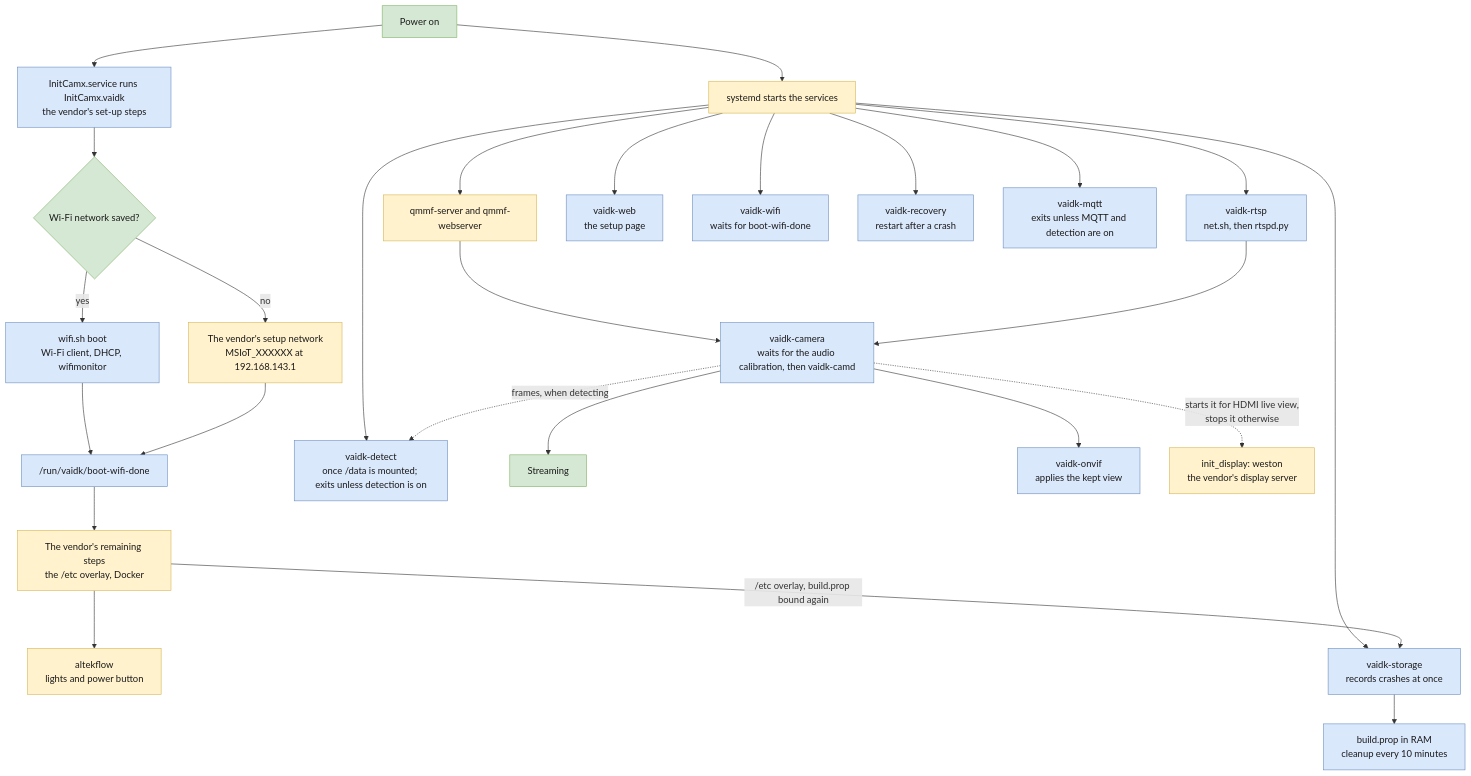
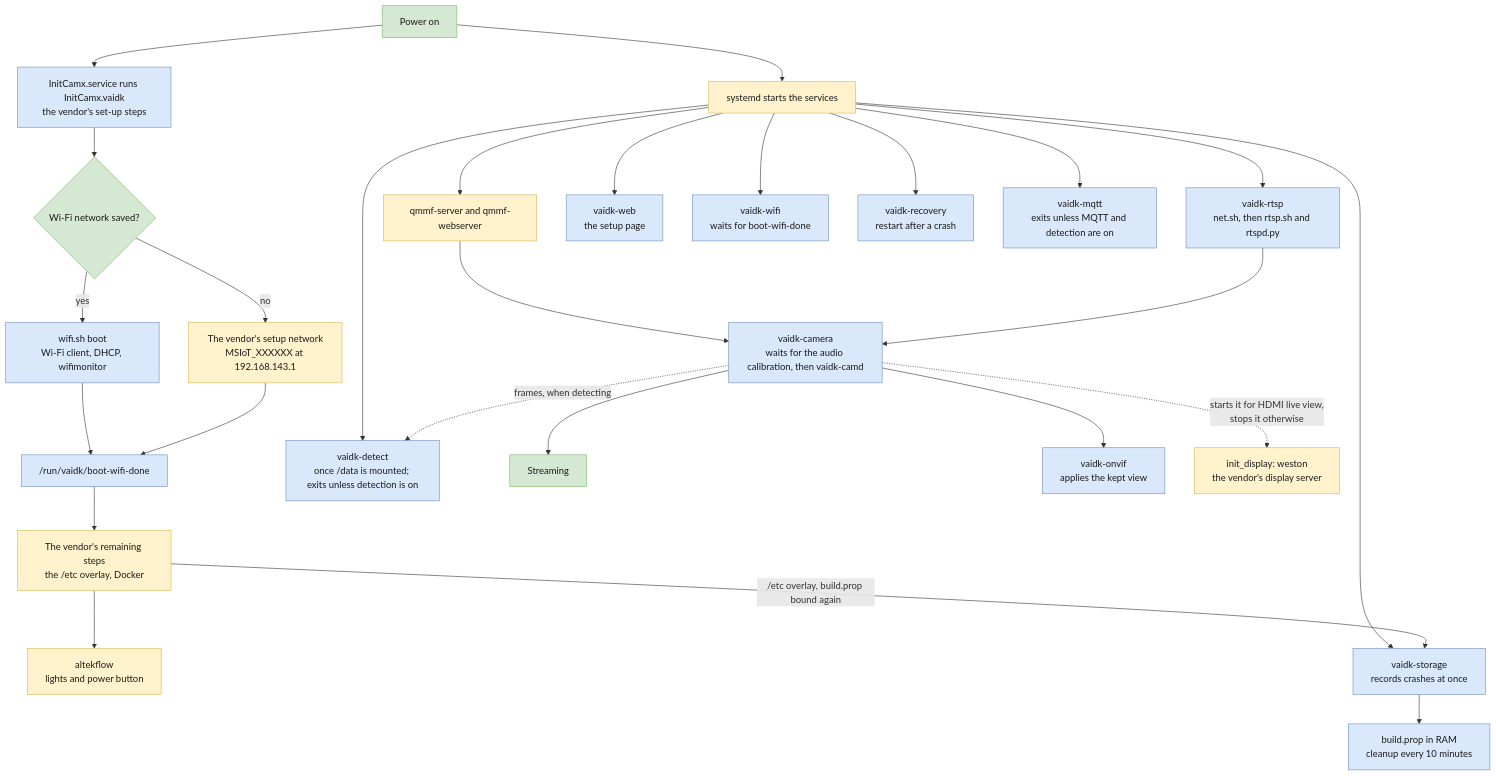
Before and after one commit to howardginsburg/VisionAIDevKitRTSP: the ninth of 11 diagrams in ARCHITECTURE.md, drawn with Mermaid. The commit also changed other lines of this file and 16 other files, not shown here.

````diff
--- a/ARCHITECTURE.md
+++ b/ARCHITECTURE.md
@@ -415,34 +421,34 @@
 ```mermaid
 flowchart TB
     power["Power on"] --> init["InitCamx.service runs InitCamx.vaidk<br/>the vendor's set-up steps"]
     init --> saved{"Wi-Fi network saved?"}
     saved -- "yes" --> join["wifi.sh boot<br/>Wi-Fi client, DHCP, wifimonitor"]
     saved -- "no" --> ap["The vendor's setup network<br/>MSIoT_XXXXXX at 192.168.143.1"]
     join --> done["/run/vaidk/boot-wifi-done"]
     ap --> done
     done --> rest["The vendor's remaining steps<br/>the /etc overlay, Docker"]
     rest --> altek["altekflow<br/>lights and power button"]
     power --> svc["systemd starts the services"]
     svc --> qmmf["qmmf-server and qmmf-webserver"]
-    svc --> rtsp["vaidk-rtsp<br/>net.sh, then rtspd.py"]
+    svc --> rtsp["vaidk-rtsp<br/>net.sh, then rtsp.sh and rtspd.py"]
     svc --> web["vaidk-web<br/>the setup page"]
     svc --> watch["vaidk-wifi<br/>waits for boot-wifi-done"]
     svc --> recovery["vaidk-recovery<br/>restart after a crash"]
     svc --> storage["vaidk-storage<br/>records crashes at once"]
     svc --> det["vaidk-detect<br/>once /data is mounted; exits unless detection is on"]
     svc --> mqtt["vaidk-mqtt<br/>exits unless MQTT and detection are on"]
     rest -- "/etc overlay, build.prop bound again" --> storage
     storage --> ram["build.prop in RAM<br/>cleanup every 10 minutes"]
     qmmf --> cam["vaidk-camera<br/>waits for the audio calibration, then vaidk-camd"]
     rtsp --> cam
     cam --> streaming["Streaming"]
     cam --> onvif["vaidk-onvif<br/>applies the kept view"]
     cam -. "frames, when detecting" .-> det
     cam -. "starts it for HDMI live view,<br/>stops it otherwise" .-> display["init_display: weston<br/>the vendor's display server"]
     classDef mod fill:#dae8fc,stroke:#6c8ebf,color:#1a1a1a
     classDef os fill:#fff2cc,stroke:#d6b656,color:#1a1a1a
     classDef use fill:#d5e8d4,stroke:#82b366,color:#1a1a1a
     class init,join,done,rtsp,web,watch,recovery,storage,ram,cam,onvif,det,mqtt mod
     class ap,rest,altek,svc,qmmf,display os
     class power,saved,streaming use
 ```
````
